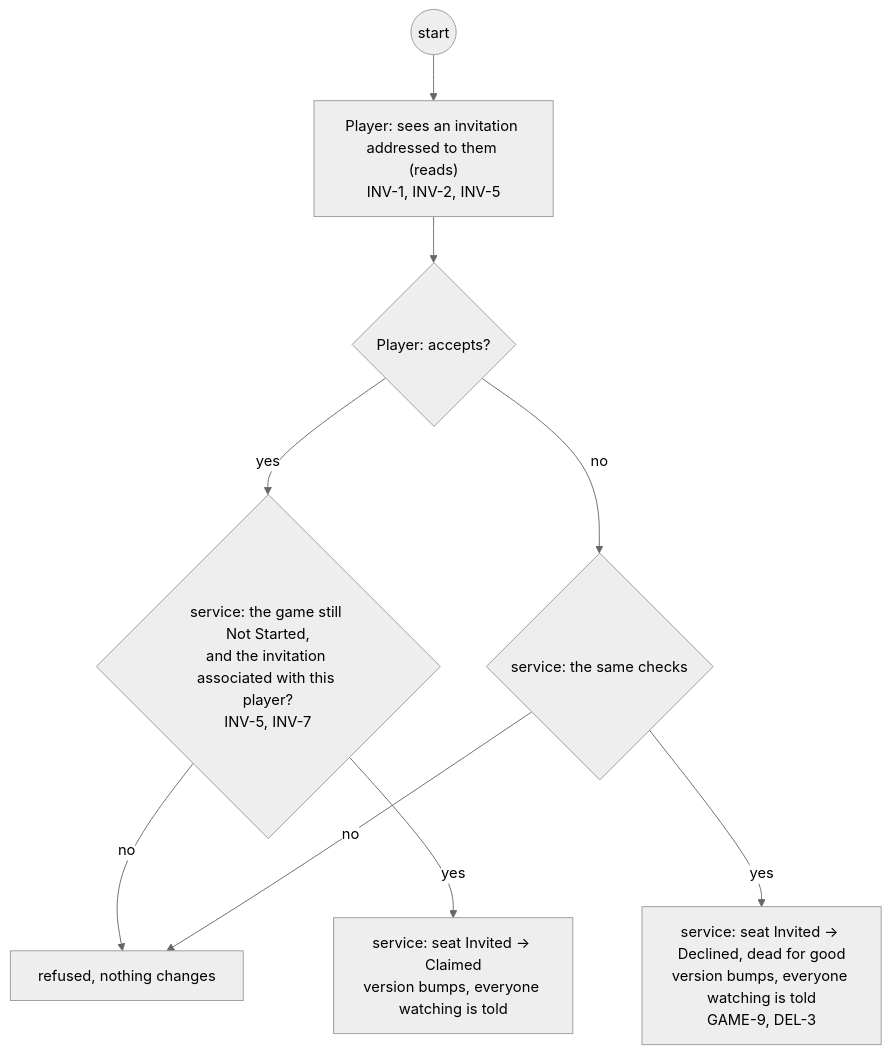
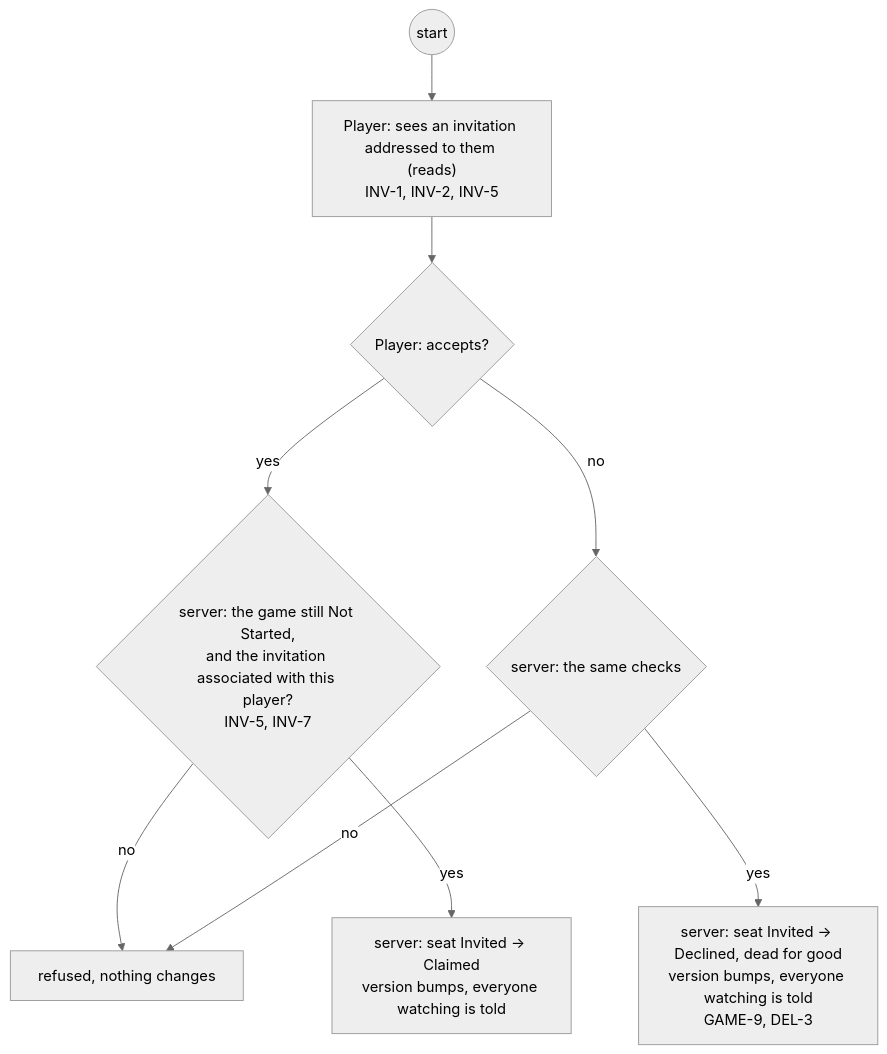
Diagram 11 of 29 in docs/changes/workstreams/application-game-architecture/71-one-game-model/71-functional.md (delphside/programme), drawn with Mermaid (neutral theme) before and after one commit. The commit also changed other lines of this file, not shown here.

First line of the commit message:
app 0.9.2 api 2.16: 71: Tile Lite Elite Server, server steps, and question references name #71

````diff
--- a/docs/changes/workstreams/application-game-architecture/71-one-game-model/71-functional.md
+++ b/docs/changes/workstreams/application-game-architecture/71-one-game-model/71-functional.md
@@ -246,11 +246,11 @@
 ```mermaid
 flowchart TD
   s0((start)) --> p1["Player: sees an invitation addressed to them (reads)<br/>INV-1, INV-2, INV-5"]
   p1 --> d1{"Player: accepts?"}
-  d1 -- yes --> v1{"service: the game still Not Started,<br/>and the invitation associated with this player?<br/>INV-5, INV-7"}
-  d1 -- no --> v2{"service: the same checks"}
+  d1 -- yes --> v1{"server: the game still Not Started,<br/>and the invitation associated with this player?<br/>INV-5, INV-7"}
+  d1 -- no --> v2{"server: the same checks"}
   v1 -- no --> r1["refused, nothing changes"]
   v2 -- no --> r1
-  v1 -- yes --> t1["service: seat Invited → Claimed<br/>version bumps, everyone watching is told"]
-  v2 -- yes --> t2["service: seat Invited → Declined, dead for good<br/>version bumps, everyone watching is told<br/>GAME-9, DEL-3"]
+  v1 -- yes --> t1["server: seat Invited → Claimed<br/>version bumps, everyone watching is told"]
+  v2 -- yes --> t2["server: seat Invited → Declined, dead for good<br/>version bumps, everyone watching is told<br/>GAME-9, DEL-3"]
 ```
````
